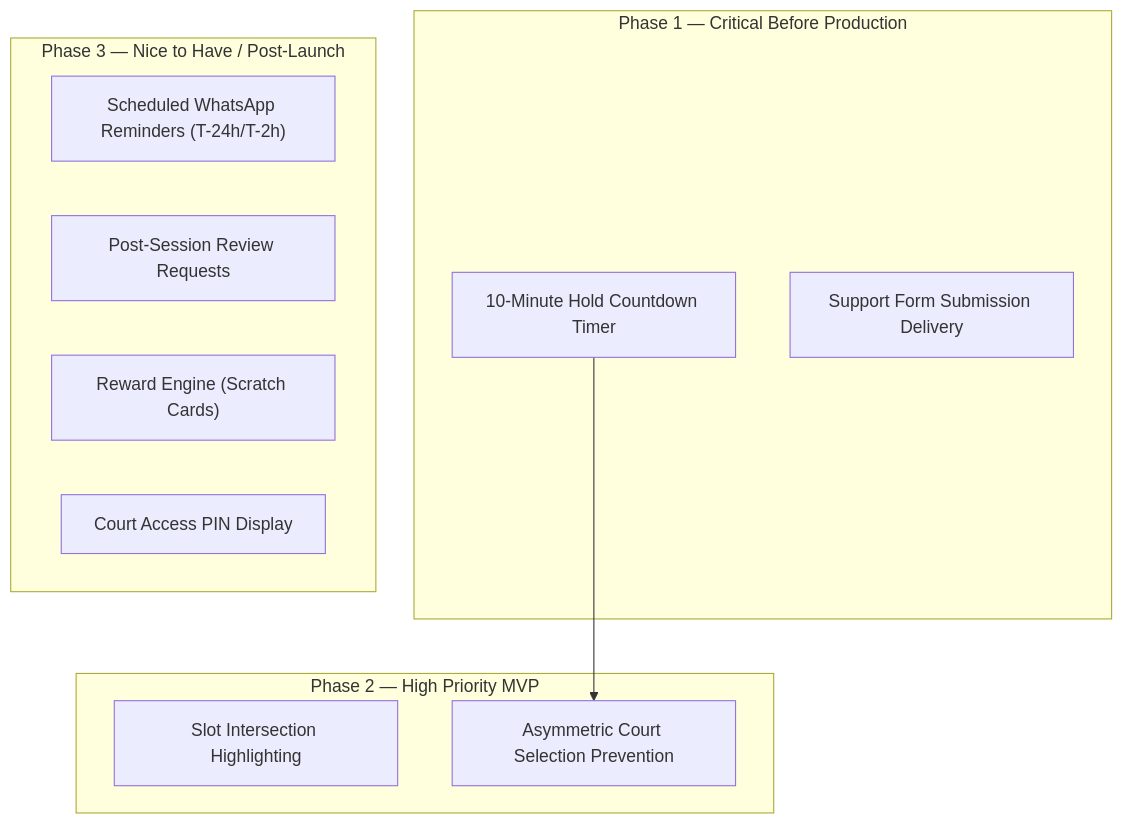
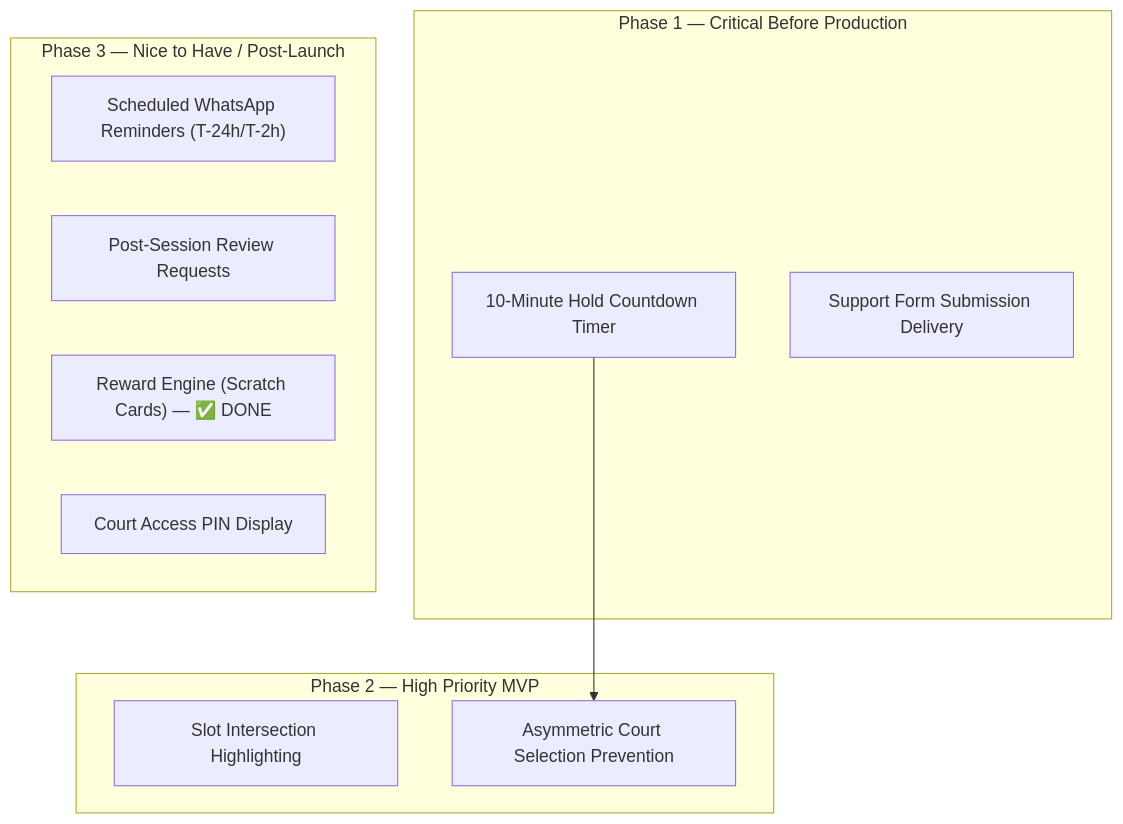
One commit to manishborikar92/Pickleball changed the diagram in docs/audits/01-END-USER-GAP-ANALYSIS.md. Above: the diagram before and after it, drawn with Mermaid. The commit also changed other lines of this file and 55 other files, not shown here.

First line of the commit message:
feat(rewards): implement complete rewards engine and scratch card experience

````diff
--- a/docs/audits/01-END-USER-GAP-ANALYSIS.md
+++ b/docs/audits/01-END-USER-GAP-ANALYSIS.md
@@ -134,24 +134,24 @@
 ```mermaid
 graph TD
     %% Phase 1: Production Launch Blockers
     subgraph Phase 1 ["Phase 1 — Critical Before Production"]
         A3["10-Minute Hold Countdown Timer"]
         A4["Support Form Submission Delivery"]
     end
 
     %% Phase 2: High Priority MVP Features
     subgraph Phase 2 ["Phase 2 — High Priority MVP"]
         B1["Slot Intersection Highlighting"]
         B2["Asymmetric Court Selection Prevention"]
     end
 
     %% Phase 3: Nice to Have / Post-Launch Enhancements
     subgraph Phase 3 ["Phase 3 — Nice to Have / Post-Launch"]
         C1["Scheduled WhatsApp Reminders (T-24h/T-2h)"]
         C2["Post-Session Review Requests"]
-        C4["Reward Engine (Scratch Cards)"]
+        C4["Reward Engine (Scratch Cards) — ✅ DONE"]
         C6["Court Access PIN Display"]
     end
 
     A3 --> B2
 ```
````
